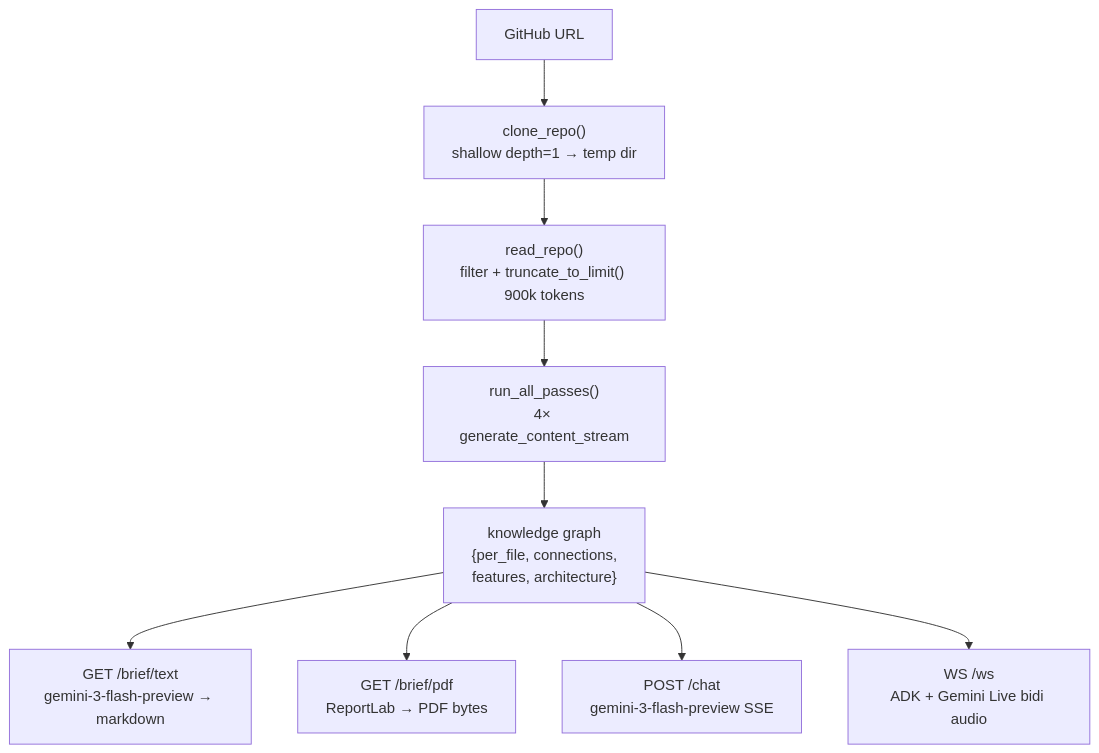
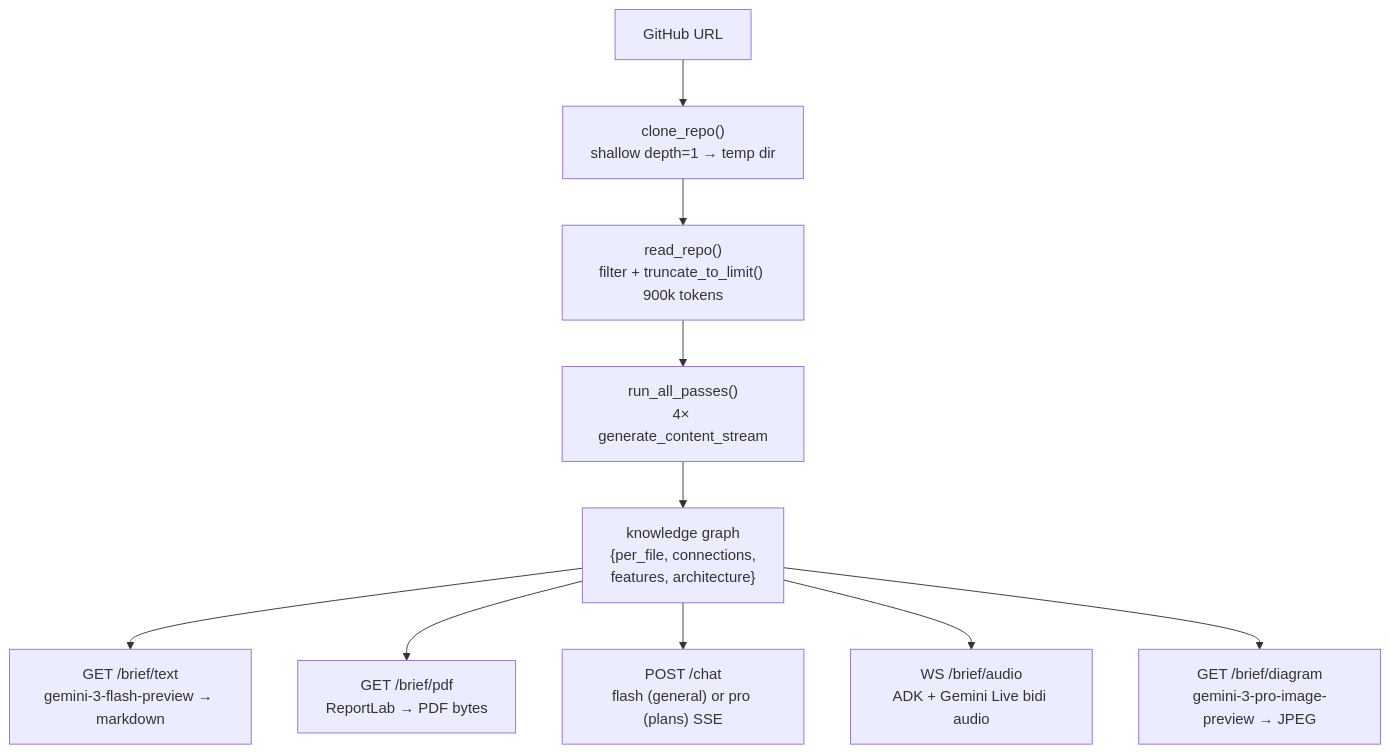
The second of 2 diagrams in README.md (ask-anannya/Compass), drawn with Mermaid before and after one commit. The commit also changed other lines of this file and 13 other files, not shown here.

First line of the commit message:
Add Live Assistant, architecture diagram, tool calling, and transcript streaming

````diff
--- a/README.md
+++ b/README.md
@@ -103,19 +109,21 @@
 ```mermaid
 flowchart TD
     URL["GitHub URL"]
     Clone["clone_repo()\nshallow depth=1 → temp dir"]
     Read["read_repo()\nfilter + truncate_to_limit() 900k tokens"]
     Passes["run_all_passes()\n4× generate_content_stream"]
     Graph["knowledge graph\n{per_file, connections,\nfeatures, architecture}"]
 
     TextBrief["GET /brief/text\ngemini-3-flash-preview → markdown"]
     PDF["GET /brief/pdf\nReportLab → PDF bytes"]
-    Chat["POST /chat\ngemini-3-flash-preview SSE"]
-    Audio["WS /ws\nADK + Gemini Live bidi audio"]
+    Chat["POST /chat\nflash (general) or pro (plans) SSE"]
+    Audio["WS /brief/audio\nADK + Gemini Live bidi audio"]
+    Diagram["GET /brief/diagram\ngemini-3-pro-image-preview → JPEG"]
 
     URL --> Clone --> Read --> Passes --> Graph
     Graph --> TextBrief
     Graph --> PDF
     Graph --> Chat
     Graph --> Audio
+    Graph --> Diagram
 ```
````
